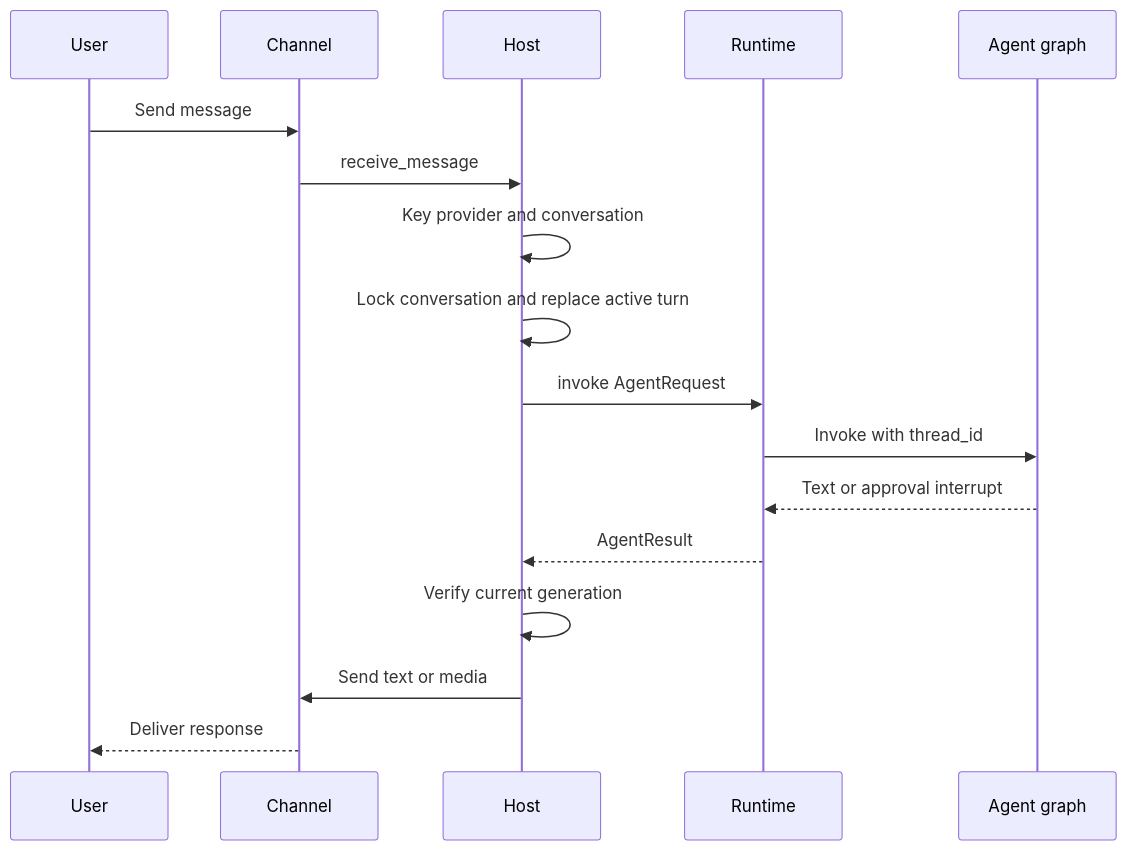
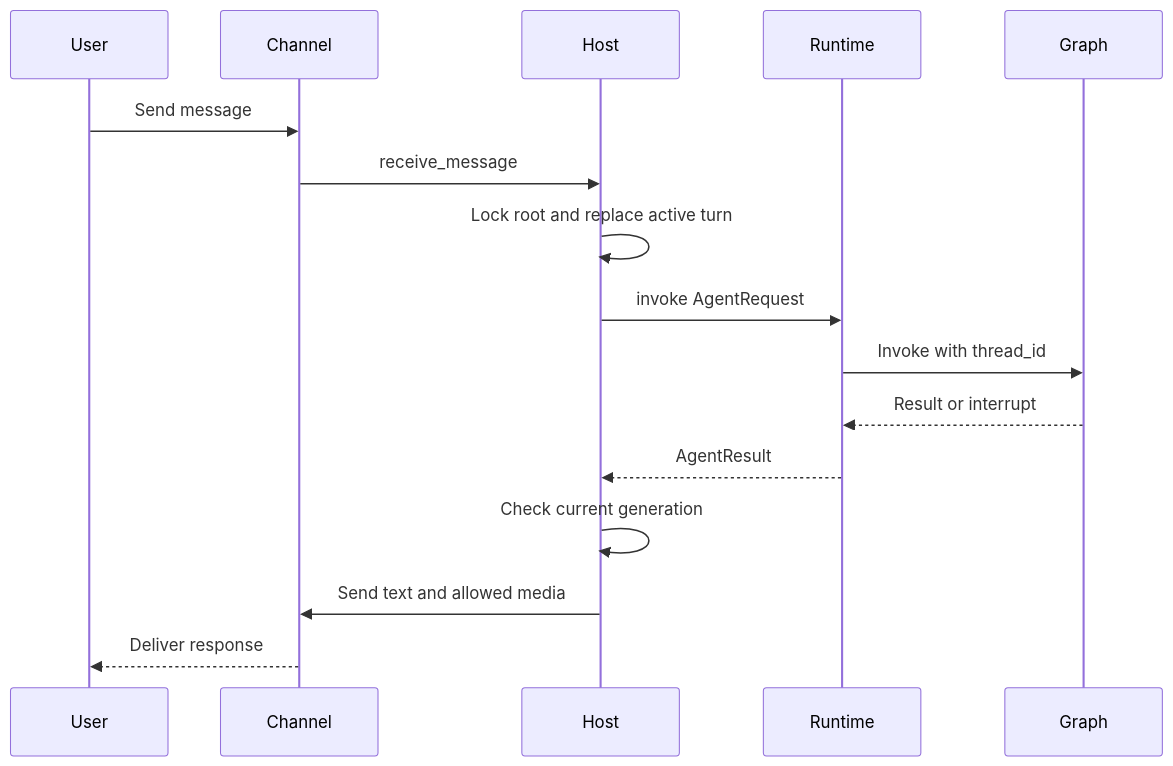
Before and after one commit to langchain-ai/deepagents: the second of 4 diagrams in openwiki/integrations/talon.md, drawn with Mermaid. The commit also changed other lines of this file and 27 other files, not shown here.

````diff
--- a/openwiki/integrations/talon.md
+++ b/openwiki/integrations/talon.md
@@ -55,19 +86,18 @@
 ```mermaid
 sequenceDiagram
     participant User
     participant Channel
     participant Host
     participant Runtime
-    participant Graph as Agent graph
+    participant Graph
     User->>Channel: Send message
     Channel->>Host: receive_message
-    Host->>Host: Key provider and conversation
-    Host->>Host: Lock conversation and replace active turn
+    Host->>Host: Lock root and replace active turn
     Host->>Runtime: invoke AgentRequest
     Runtime->>Graph: Invoke with thread_id
-    Graph-->>Runtime: Text or approval interrupt
+    Graph-->>Runtime: Result or interrupt
     Runtime-->>Host: AgentResult
-    Host->>Host: Verify current generation
-    Host->>Channel: Send text or media
+    Host->>Host: Check current generation
+    Host->>Channel: Send text and allowed media
     Channel-->>User: Deliver response
 ```
````
